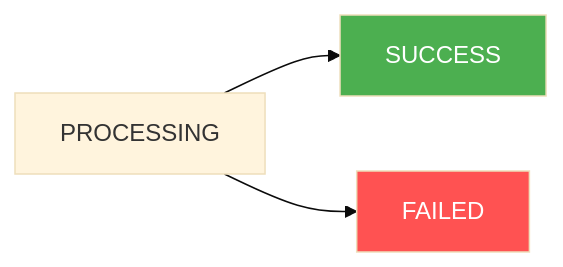
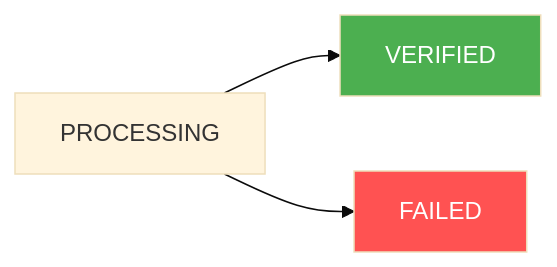
One commit to DollarPe-Infra/docs changed the second of 5 diagrams in guides/status-reference.mdx. Above: the diagram before and after it, drawn with Mermaid (base theme). The commit also changed other lines of this file and 7 other files, not shown here.

````diff
--- a/guides/status-reference.mdx
+++ b/guides/status-reference.mdx
@@ -45,7 +45,7 @@
 ```mermaid
 graph LR
-    A[PROCESSING] --> B[SUCCESS]
+    A[PROCESSING] --> B[VERIFIED]
     A --> C[FAILED]
     style B fill:#4CAF50,color:#fff
     style C fill:#FF5252,color:#fff
 ```
````
